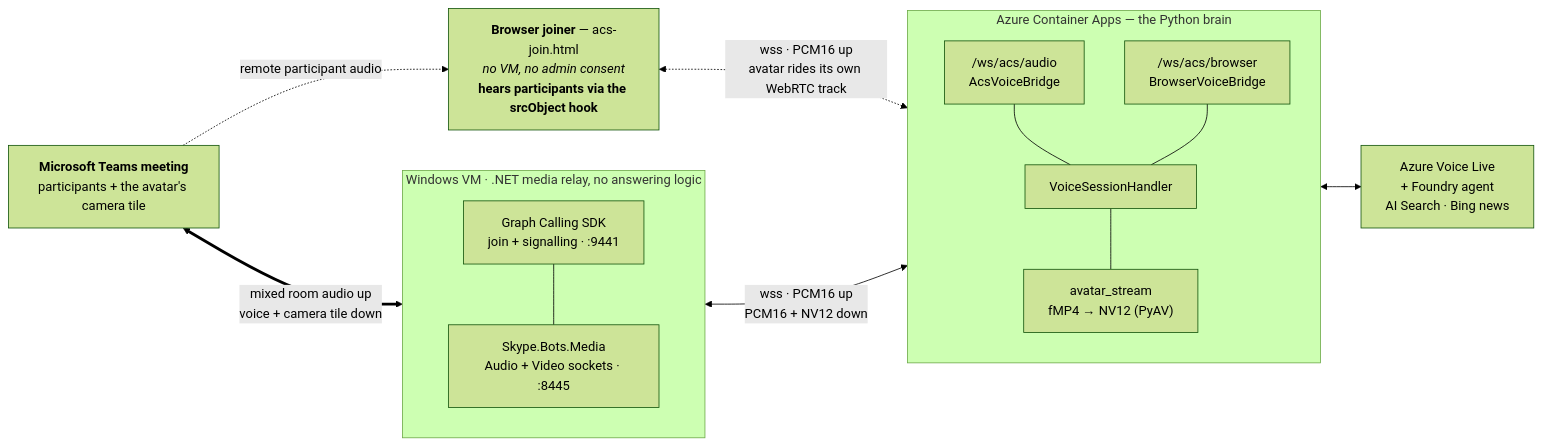
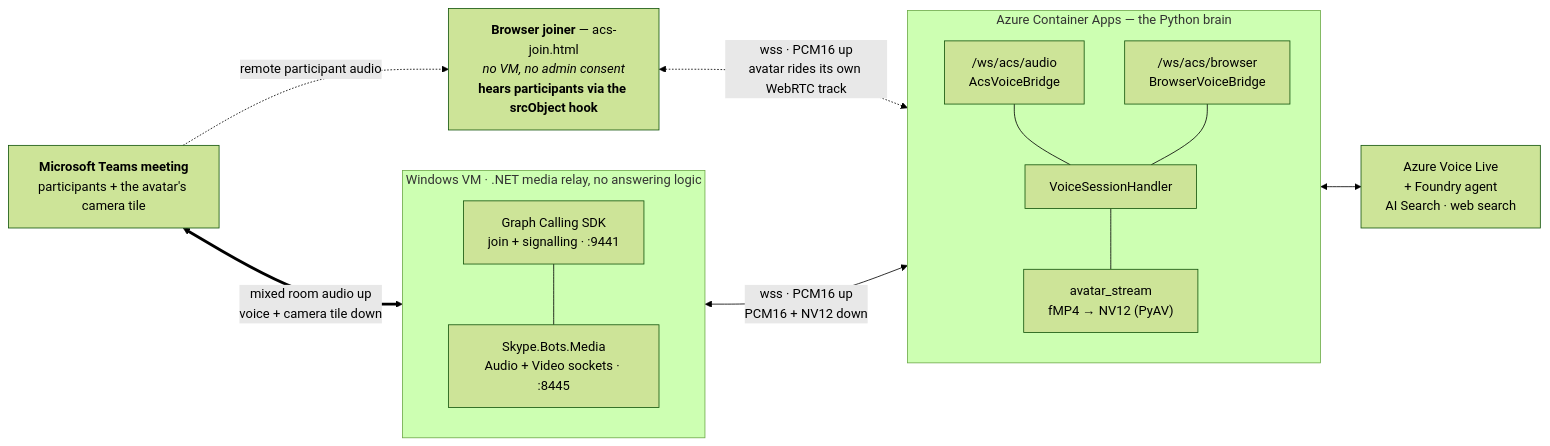
Before and after one commit to SridharArrabelly/avatar-forge: the diagram in docs/channels/d-in-call-media-bot.md, drawn with Mermaid (forest theme). The commit also changed 45 other files, not shown here.

First line of the commit message:
Web IQ as the agent's web tool, and the default for new environments (#148)

````diff
--- a/docs/channels/d-in-call-media-bot.md
+++ b/docs/channels/d-in-call-media-bot.md
@@ -32,32 +32,32 @@
 ```mermaid
 flowchart LR
     MT["<b>Microsoft Teams meeting</b><br/>participants + the avatar's camera tile"]
 
     subgraph VM["Windows VM · .NET media relay, no answering logic"]
         direction TB
         SIG["Graph Calling SDK<br/>join + signalling · :9441"]
         MED["Skype.Bots.Media<br/>Audio + Video sockets · :8445"]
         SIG --- MED
     end
 
     subgraph ACA["Azure Container Apps — the Python brain"]
         direction TB
         WSA["/ws/acs/audio<br/>AcsVoiceBridge"]
         WSB["/ws/acs/browser<br/>BrowserVoiceBridge"]
         VH["VoiceSessionHandler"]
         DEC["avatar_stream<br/>fMP4 → NV12 (PyAV)"]
         WSA --- VH
         WSB --- VH
         VH --- DEC
     end
 
-    CORE["Azure Voice Live<br/>+ Foundry agent<br/>AI Search · Bing news"]
+    CORE["Azure Voice Live<br/>+ Foundry agent<br/>AI Search · web search"]
 
     MT <== "mixed room audio up<br/>voice + camera tile down" ==> MED
     MED <-- "wss · PCM16 up<br/>PCM16 + NV12 down" --> WSA
     VH <--> CORE
 
     BRJ["<b>Browser joiner</b> — acs-join.html<br/><i>no VM, no admin consent</i><br/><b>hears participants via the srcObject hook</b>"]
     MT -. "remote participant audio" .-> BRJ
     BRJ <-. "wss · PCM16 up<br/>avatar rides its own WebRTC track" .-> WSB
 ```
````
